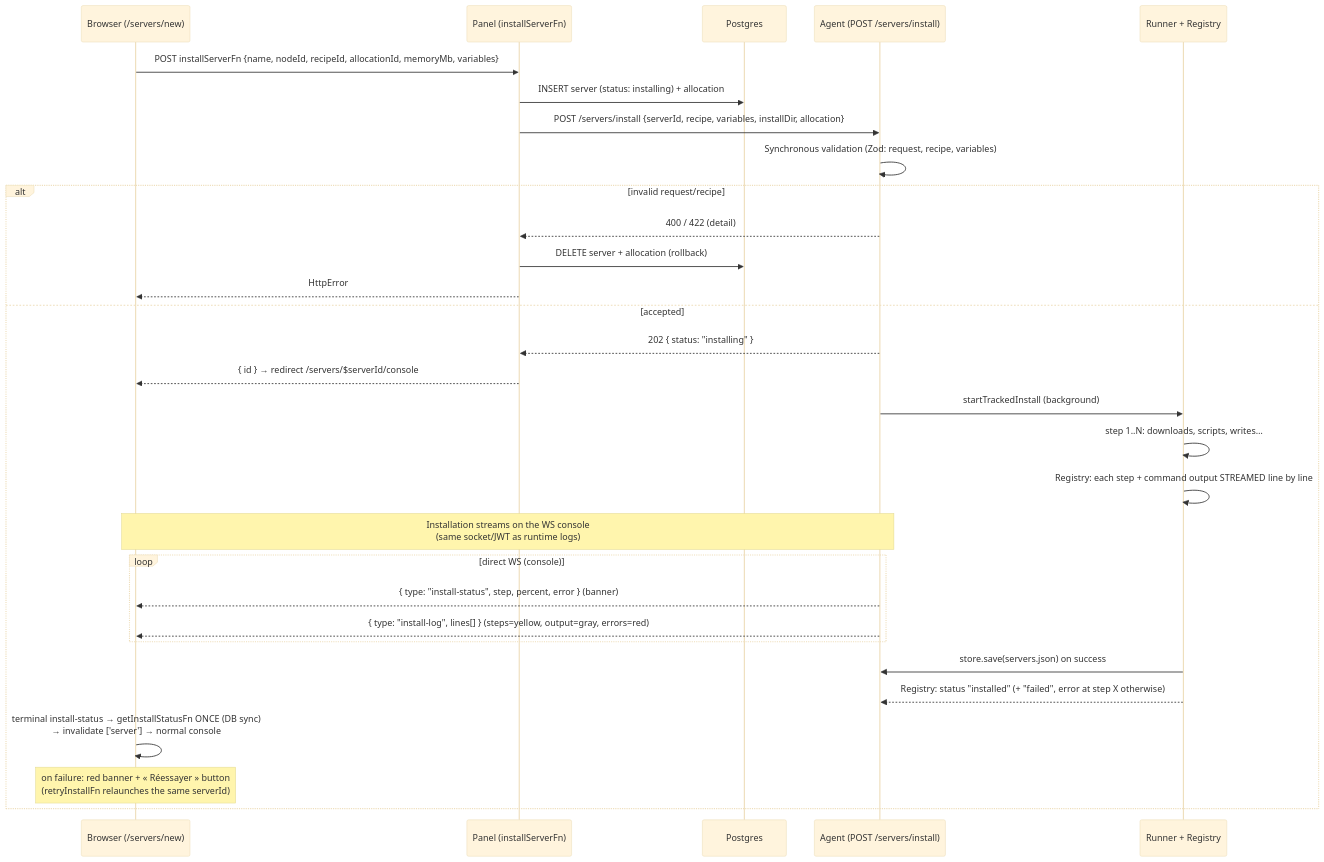
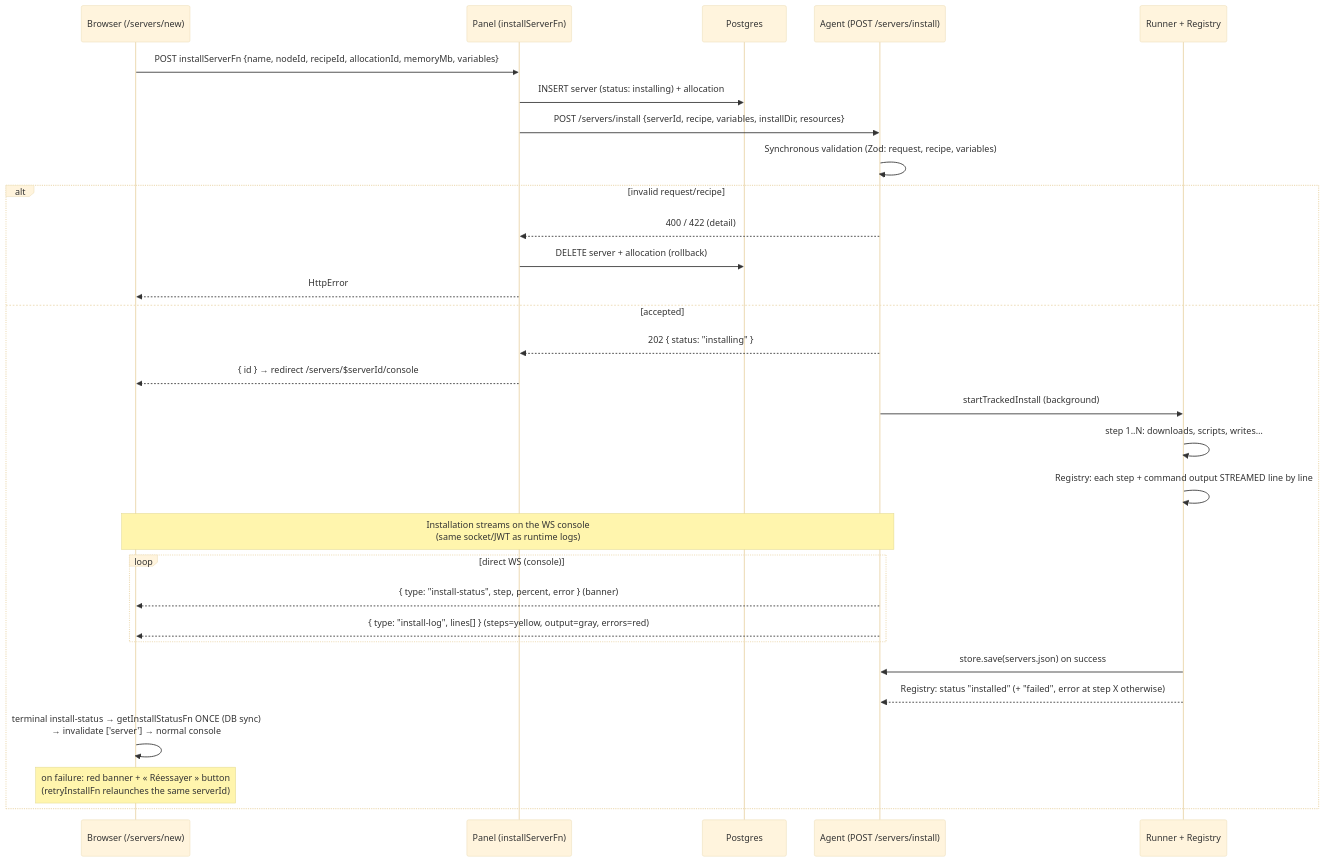
Before and after one commit to mojito-panel/panel: the third of 10 diagrams in docs/communications.md, drawn with Mermaid (base theme). The commit also changed other lines of this file and 8 other files, not shown here.

First line of the commit message:
refactor: rename the agent resources push (allocation -> resources)

````diff
--- a/docs/communications.md
+++ b/docs/communications.md
@@ -78,33 +78,33 @@
 ```mermaid
 sequenceDiagram
     participant N as Browser (/servers/new)
     participant P as Panel (installServerFn)
     participant D as Postgres
     participant A as Agent (POST /servers/install)
     participant R as Runner + Registry
 
     N->>P: POST installServerFn {name, nodeId, recipeId, allocationId, memoryMb, variables}
     P->>D: INSERT server (status: installing) + allocation
-    P->>A: POST /servers/install {serverId, recipe, variables, installDir, allocation}
+    P->>A: POST /servers/install {serverId, recipe, variables, installDir, resources}
     A->>A: Synchronous validation (Zod: request, recipe, variables)
     alt invalid request/recipe
         A-->>P: 400 / 422 (detail)
         P->>D: DELETE server + allocation (rollback)
         P-->>N: HttpError
     else accepted
         A-->>P: 202 { status: "installing" }
         P-->>N: { id } → redirect /servers/$serverId/console
         A->>R: startTrackedInstall (background)
         R->>R: step 1..N: downloads, scripts, writes…
         R->>R: Registry: each step + command output STREAMED line by line
         Note over N,A: Installation streams on the WS console<br/>(same socket/JWT as runtime logs)
         loop direct WS (console)
             A-->>N: { type: "install-status", step, percent, error } (banner)
             A-->>N: { type: "install-log", lines[] } (steps=yellow, output=gray, errors=red)
         end
         R->>A: store.save(servers.json) on success
         R-->>A: Registry: status "installed" (+ "failed", error at step X otherwise)
         N->>N: terminal install-status → getInstallStatusFn ONCE (DB sync)<br/>→ invalidate ['server'] → normal console
         Note over N: on failure: red banner + « Réessayer » button<br/>(retryInstallFn relaunches the same serverId)
     end
 ```
````
